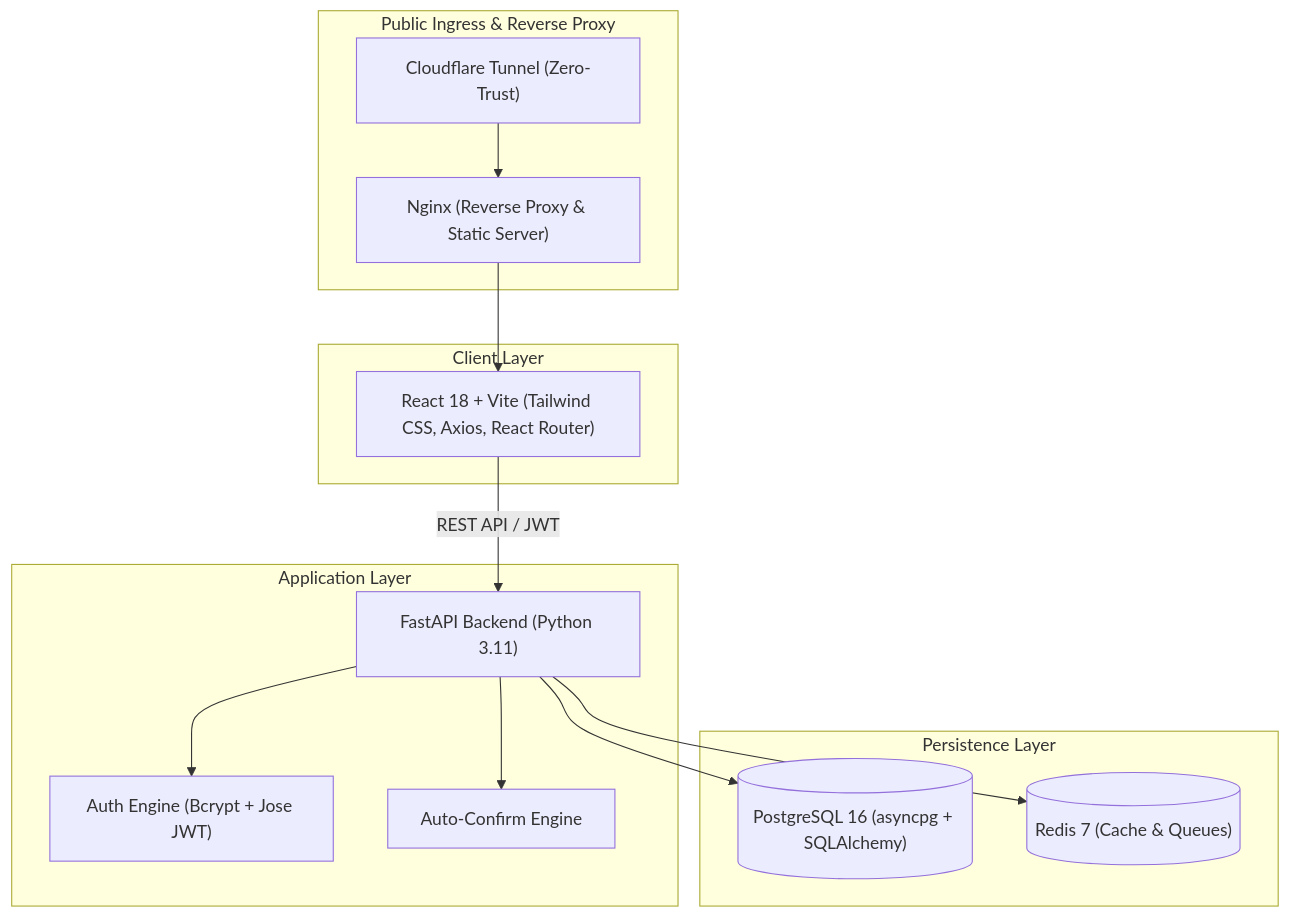
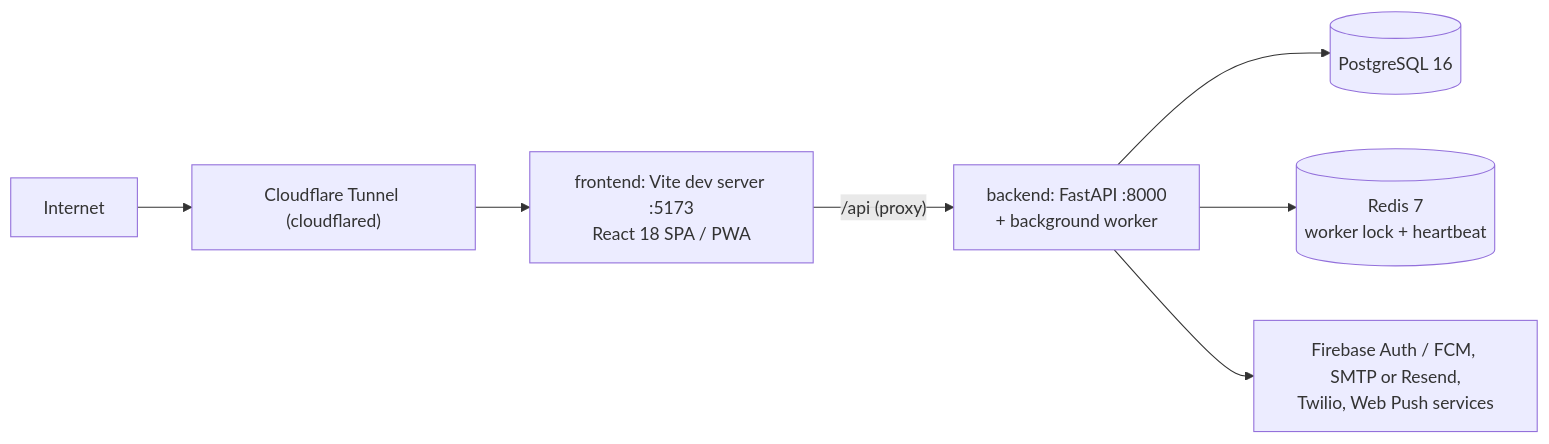
One commit to warinthestars/shift-scheduler changed the diagram in README.md. Above: the diagram before and after it, drawn with Mermaid. The commit also changed other lines of this file and 42 other files, not shown here.

````diff
--- a/README.md
+++ b/README.md
@@ -45,30 +171,9 @@
 ```mermaid
-flowchart TD
-    subgraph Ingress ["Public Ingress & Reverse Proxy"]
-        CF["Cloudflare Tunnel (Zero-Trust)"]
-        NGINX["Nginx (Reverse Proxy & Static Server)"]
-    end
-
-    subgraph Client ["Client Layer"]
-        PWA["React 18 + Vite (Tailwind CSS, Axios, React Router)"]
-    end
-
-    subgraph API ["Application Layer"]
-        FastAPI["FastAPI Backend (Python 3.11)"]
-        Auth["Auth Engine (Bcrypt + Jose JWT)"]
-        AutoEngine["Auto-Confirm Engine"]
-    end
-
-    subgraph Persistence ["Persistence Layer"]
-        PG[("PostgreSQL 16 (asyncpg + SQLAlchemy)")]
-        Redis[("Redis 7 (Cache & Queues)")]
-    end
-
-    CF --> NGINX
-    NGINX --> PWA
-    PWA -->|REST API / JWT| FastAPI
-    FastAPI --> Auth
-    FastAPI --> AutoEngine
-    FastAPI --> PG
-    FastAPI --> Redis
+flowchart LR
+    Internet --> CF["Cloudflare Tunnel (cloudflared)"]
+    CF --> FE["frontend: Vite dev server :5173<br/>React 18 SPA / PWA"]
+    FE -- "/api (proxy)" --> BE["backend: FastAPI :8000<br/>+ background worker"]
+    BE --> PG[("PostgreSQL 16")]
+    BE --> RD[("Redis 7<br/>worker lock + heartbeat")]
+    BE --> EXT["Firebase Auth / FCM, SMTP or Resend,<br/>Twilio, Web Push services"]
 ```
````
